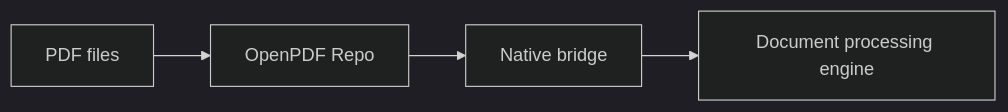
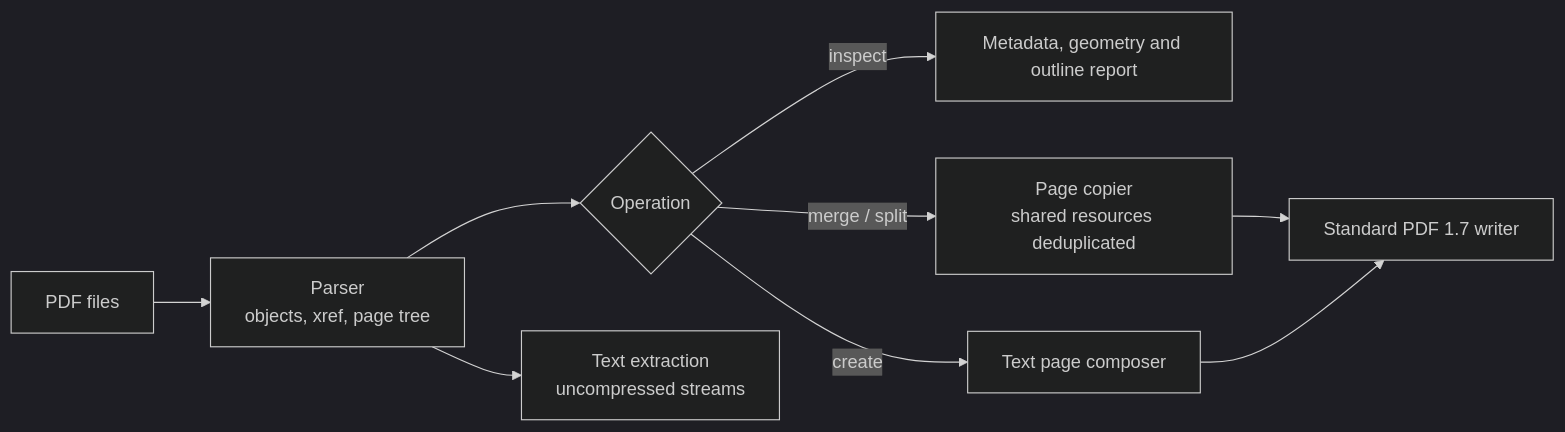
One commit to nyar-os/OpenPDF changed the diagram in readme.md. Above: the diagram before and after it, drawn with Mermaid (dark theme). The commit also changed other lines of this file, not shown here.

Commit message:
📝 Document the real OpenPDF capabilities and limits

````diff
--- a/readme.md
+++ b/readme.md
@@ -12,6 +62,11 @@
 ```mermaid
-graph LR
-    A[PDF files] --> B[OpenPDF Repo]
-    B --> C[Native bridge]
-    C --> D[Document processing engine]
+flowchart LR
+    A[PDF files] --> B[Parser<br/>objects, xref, page tree]
+    B --> C{Operation}
+    C -->|inspect| D[Metadata, geometry and outline report]
+    C -->|merge / split| E[Page copier<br/>shared resources deduplicated]
+    C -->|create| F[Text page composer]
+    E --> G[Standard PDF 1.7 writer]
+    F --> G
+    B --> H[Text extraction<br/>uncompressed streams]
 ```
````
